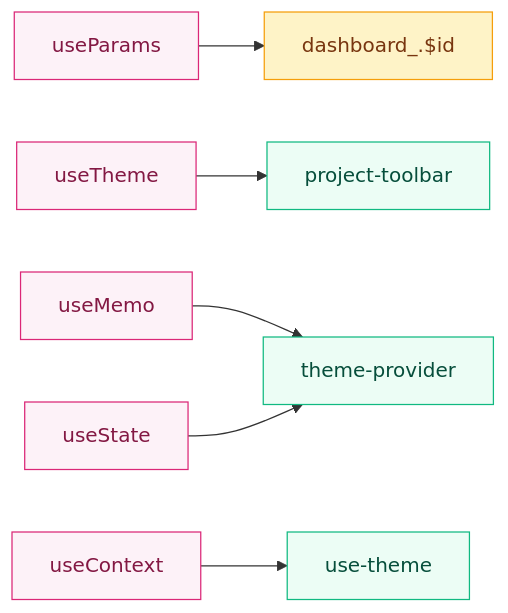
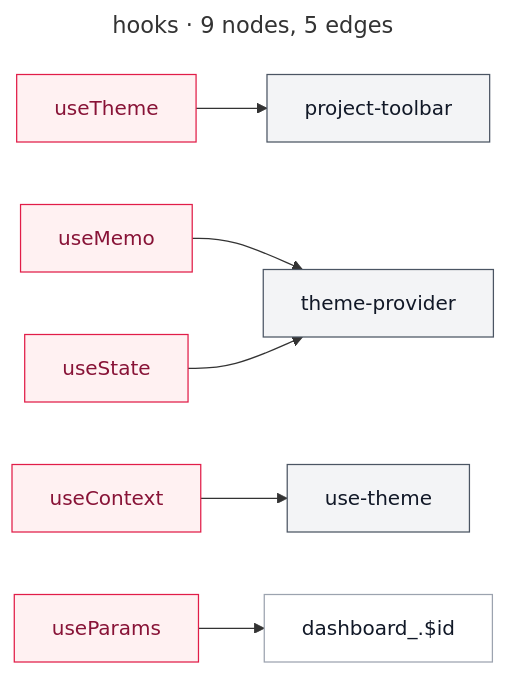
One commit to autotelic/tackle changed the diagram in examples/self/tools/ui-catalog/diagrams/hooks.mmd. Above: the diagram before and after it, drawn with Mermaid. The commit also changed 11 other files, not shown here.

First line of the commit message:
Draw the graphs that read: small multiples, and no non-data ink

```diff
--- a/examples/self/tools/ui-catalog/diagrams/hooks.mmd
+++ b/examples/self/tools/ui-catalog/diagrams/hooks.mmd
@@ -1,18 +1,23 @@
+---
+title: hooks · 9 nodes, 5 edges
+---
 flowchart LR
-  n0["useParams"]:::hook
-  n1["dashboard_.$id"]:::local
-  n2["useTheme"]:::hook
-  n3["project-toolbar"]:::shared
-  n4["useMemo"]:::hook
-  n5["theme-provider"]:::shared
-  n6["useState"]:::hook
-  n7["useContext"]:::hook
-  n8["use-theme"]:::shared
+  n0["useTheme"]
+  n1["project-toolbar"]
+  n2["useMemo"]
+  n3["theme-provider"]
+  n4["useState"]
+  n5["useContext"]
+  n6["use-theme"]
+  n7["useParams"]
+  n8["dashboard_.$id"]
   n0 --> n1
   n2 --> n3
-  n4 --> n5
-  n6 --> n5
+  n4 --> n3
+  n5 --> n6
   n7 --> n8
-  classDef hook fill:#fdf2f8,stroke:#db2777,color:#831843;
-  classDef local fill:#fef3c7,stroke:#f59e0b,color:#78350f;
-  classDef shared fill:#ecfdf5,stroke:#10b981,color:#064e3b;
+  class n0,n2,n4,n5,n7 hook
+  class n1,n3,n6 shared
+  classDef default fill:#ffffff,stroke:#9ca3af,color:#111827;
+  classDef hook fill:#fff1f2,stroke:#e11d48,color:#881337;
+  classDef shared fill:#f3f4f6,stroke:#4b5563,color:#111827;
```
